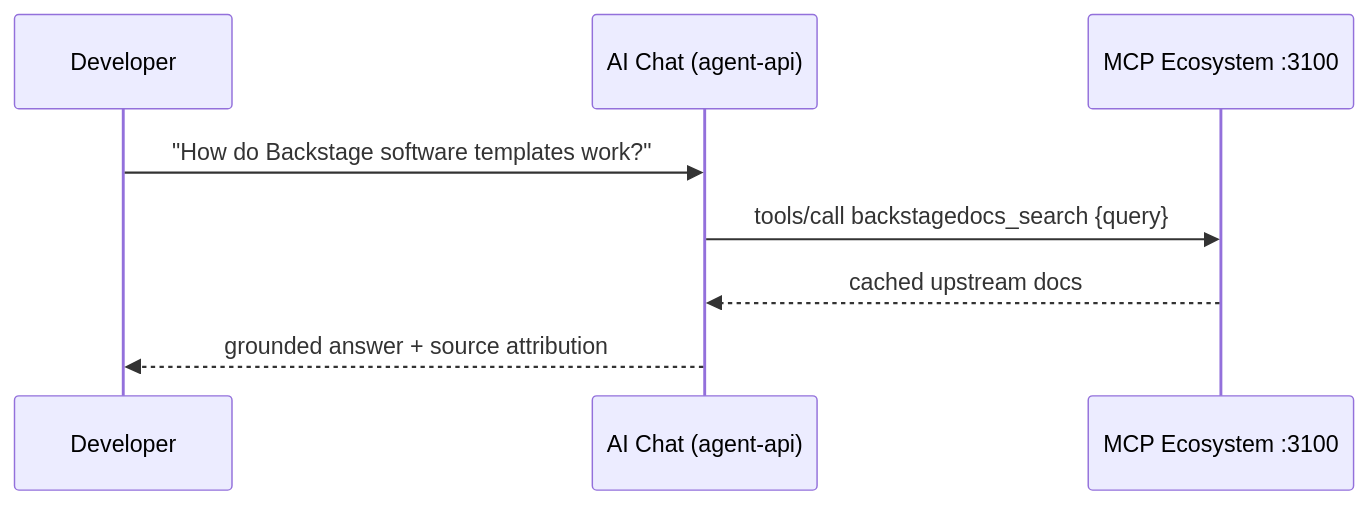
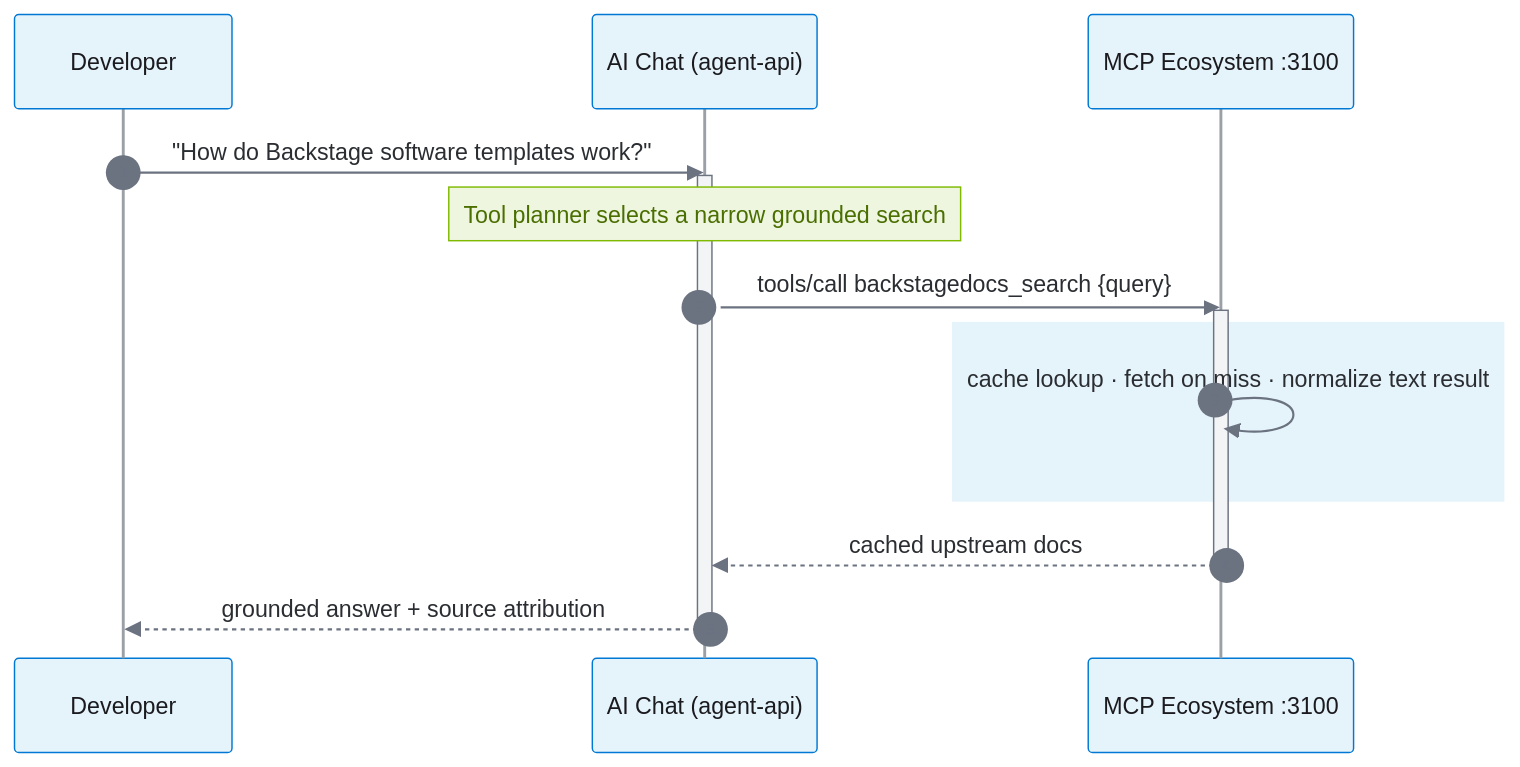
One commit to Ohorizons/ohorizons-lastest changed the fourth of 5 diagrams in mcp-servers/ARCHITECTURE.md. Above: the diagram before and after it, drawn with Mermaid. The commit also changed other lines of this file and 43 other files, not shown here.

First line of the commit message:
Update documentation and configuration for Azure Managed Redis and architecture diagrams

````diff
--- a/mcp-servers/ARCHITECTURE.md
+++ b/mcp-servers/ARCHITECTURE.md
@@ -238,10 +301,21 @@
 ```mermaid
+%%{init: {'theme':'base','themeVariables':{'background':'#FFFFFF','fontFamily':'Segoe UI, system-ui, sans-serif','primaryTextColor':'#1B1B1F','actorBkg':'#E5F3FB','actorBorder':'#0078D4','actorTextColor':'#1B1B1F','actorLineColor':'#9AA0A6','activationBkgColor':'#F3F4F6','activationBorderColor':'#6B7280','signalColor':'#6B7280','signalTextColor':'#2A2D31','labelBoxBkgColor':'#FFFFFF','labelBoxBorderColor':'#D0D7DE','labelTextColor':'#1B1B1F','noteBkgColor':'#EFF6E0','noteBorderColor':'#7FBA00','noteTextColor':'#4A6E00','sequenceNumberColor':'#6B7280'}}}%%
 sequenceDiagram
+  autonumber
     participant Dev as Developer
     participant Chat as AI Chat (agent-api)
     participant Eco as MCP Ecosystem :3100
+
     Dev->>Chat: "How do Backstage software templates work?"
+  activate Chat
+  Note over Chat: Tool planner selects a narrow grounded search
     Chat->>Eco: tools/call backstagedocs_search {query}
+  activate Eco
+  rect rgb(229, 243, 251)
+    Eco->>Eco: cache lookup · fetch on miss · normalize text result
+  end
     Eco-->>Chat: cached upstream docs
+  deactivate Eco
     Chat-->>Dev: grounded answer + source attribution
+  deactivate Chat
 ```
````
